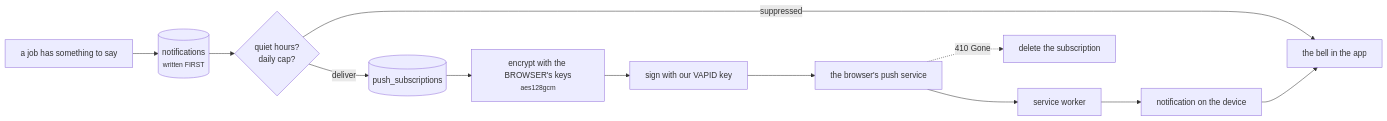
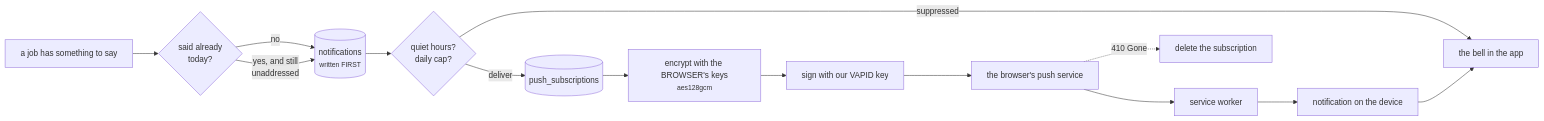
One commit to narendra632/aceroai changed the tenth of 11 diagrams in docs/ARCHITECTURE.md. Above: the diagram before and after it, drawn with Mermaid. The commit also changed other lines of this file and 28 other files, not shown here.

````diff
--- a/docs/ARCHITECTURE.md
+++ b/docs/ARCHITECTURE.md
@@ -577,14 +581,16 @@
 ```mermaid
 flowchart LR
-    J["a job has something to say"] --> ROW[("notifications<br/><small>written FIRST</small>")]
+    J["a job has something to say"] --> NEW{"said already<br/>today?"}
+    NEW -->|no| ROW[("notifications<br/><small>written FIRST</small>")]
+    NEW -->|"yes, and still<br/>unaddressed"| ROW
     ROW --> POL{"quiet hours?<br/>daily cap?"}
     POL -->|suppressed| BELL["the bell in the app"]
     POL -->|deliver| SUBS[("push_subscriptions")]
     SUBS --> ENC["encrypt with the BROWSER's keys<br/><small>aes128gcm</small>"]
     ENC --> SIG["sign with our VAPID key"]
     SIG --> SVC["the browser's push service"]
     SVC --> SW["service worker"]
     SW --> DEV["notification on the device"]
     DEV --> BELL
     SVC -.410 Gone.-> DEL["delete the subscription"]
 ```
````
